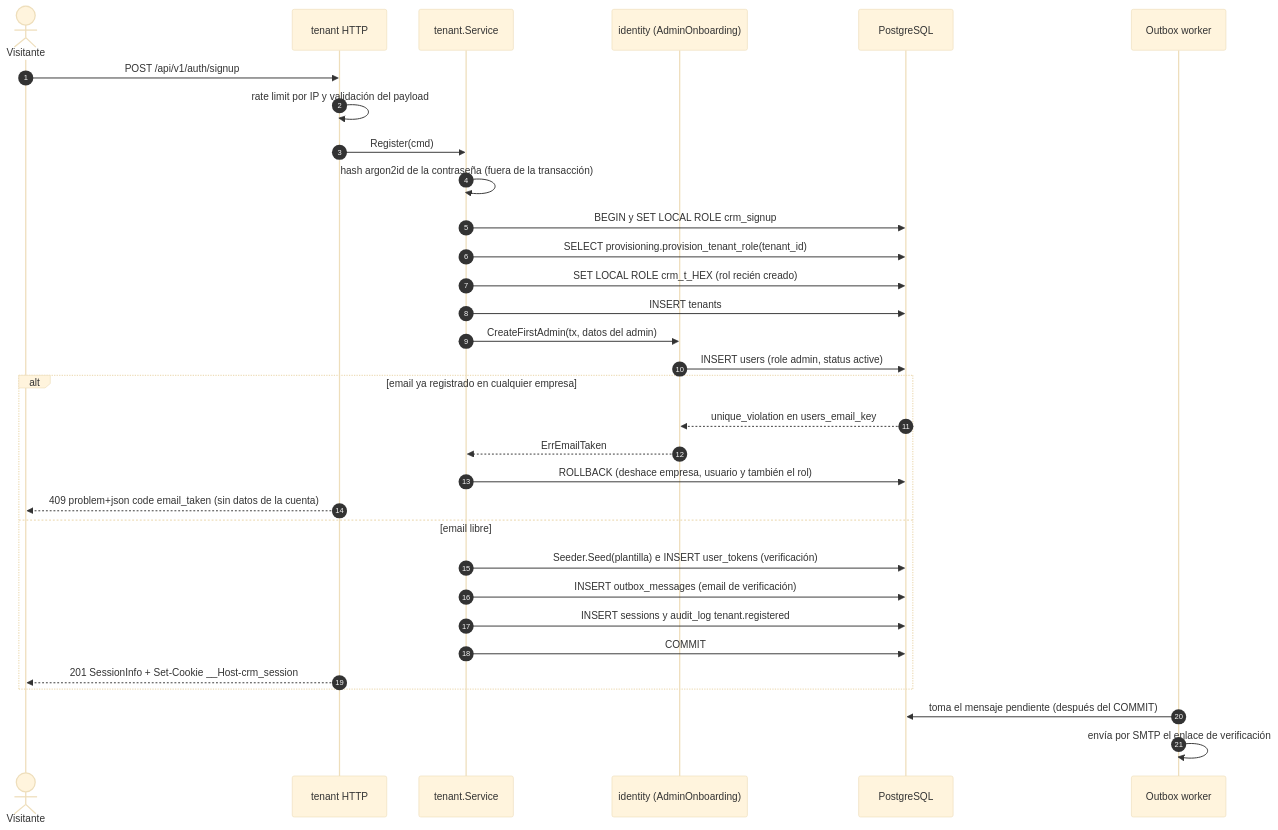
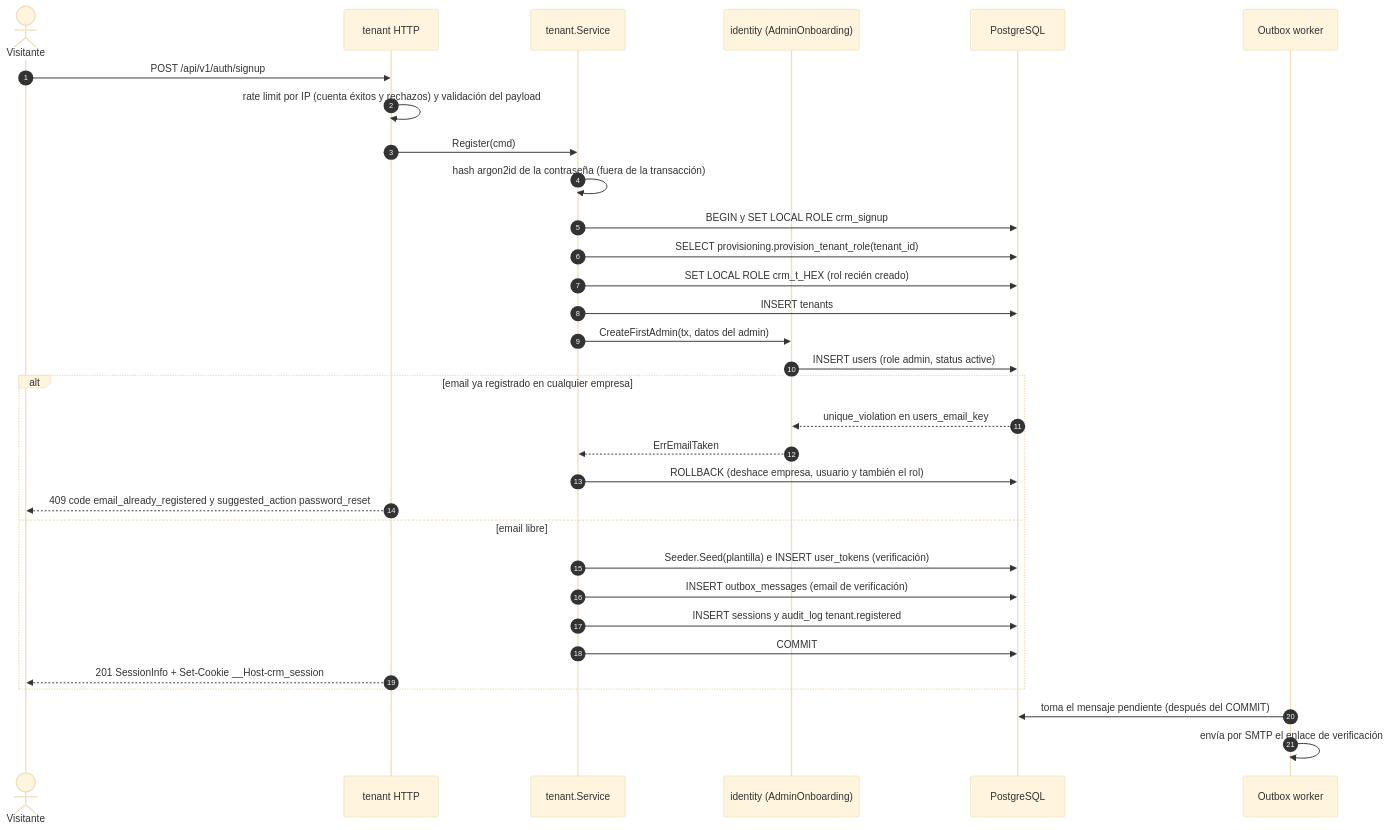
The second of 9 diagrams in specs/001-empresas-usuarios/plan.md (fdelillo/crm), drawn with Mermaid (base theme) before and after one commit. The commit also changed other lines of this file and 6 other files, not shown here.

````diff
--- a/specs/001-empresas-usuarios/plan.md
+++ b/specs/001-empresas-usuarios/plan.md
@@ -215,35 +216,35 @@
 ```mermaid
 sequenceDiagram
     autonumber
     actor V as Visitante
     participant H as tenant HTTP
     participant S as tenant.Service
     participant I as identity (AdminOnboarding)
     participant DB as PostgreSQL
     participant W as Outbox worker
 
     V->>H: POST /api/v1/auth/signup
-    H->>H: rate limit por IP y validación del payload
+    H->>H: rate limit por IP (cuenta éxitos y rechazos) y validación del payload
     H->>S: Register(cmd)
     S->>S: hash argon2id de la contraseña (fuera de la transacción)
     S->>DB: BEGIN y SET LOCAL ROLE crm_signup
     S->>DB: SELECT provisioning.provision_tenant_role(tenant_id)
     S->>DB: SET LOCAL ROLE crm_t_HEX (rol recién creado)
     S->>DB: INSERT tenants
     S->>I: CreateFirstAdmin(tx, datos del admin)
     I->>DB: INSERT users (role admin, status active)
     alt email ya registrado en cualquier empresa
         DB-->>I: unique_violation en users_email_key
         I-->>S: ErrEmailTaken
         S->>DB: ROLLBACK (deshace empresa, usuario y también el rol)
-        H-->>V: 409 problem+json code email_taken (sin datos de la cuenta)
+        H-->>V: 409 code email_already_registered y suggested_action password_reset
     else email libre
         S->>DB: Seeder.Seed(plantilla) e INSERT user_tokens (verificación)
         S->>DB: INSERT outbox_messages (email de verificación)
         S->>DB: INSERT sessions y audit_log tenant.registered
         S->>DB: COMMIT
         H-->>V: 201 SessionInfo + Set-Cookie __Host-crm_session
     end
     W->>DB: toma el mensaje pendiente (después del COMMIT)
     W->>W: envía por SMTP el enlace de verificación
 ```
````
